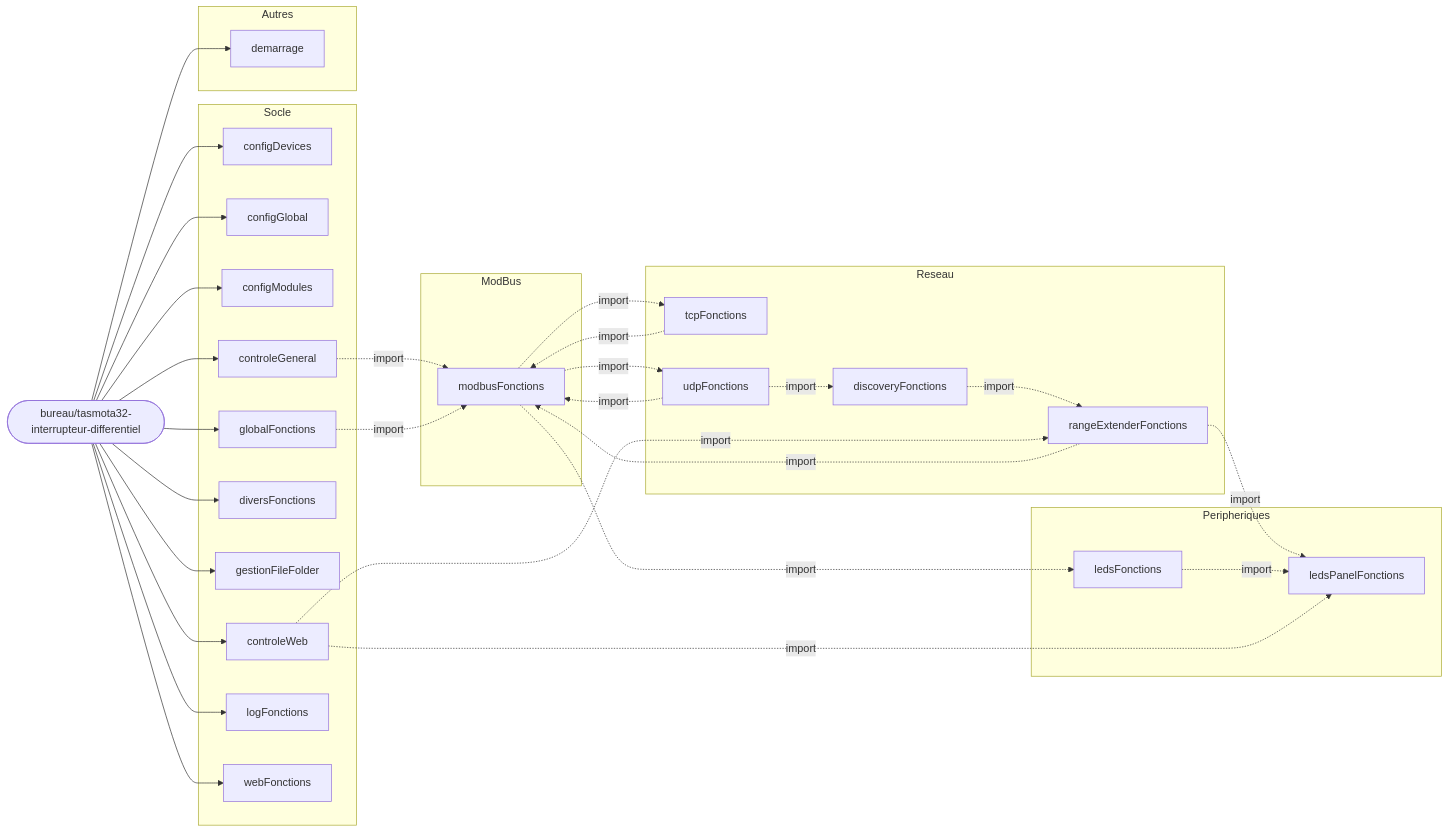
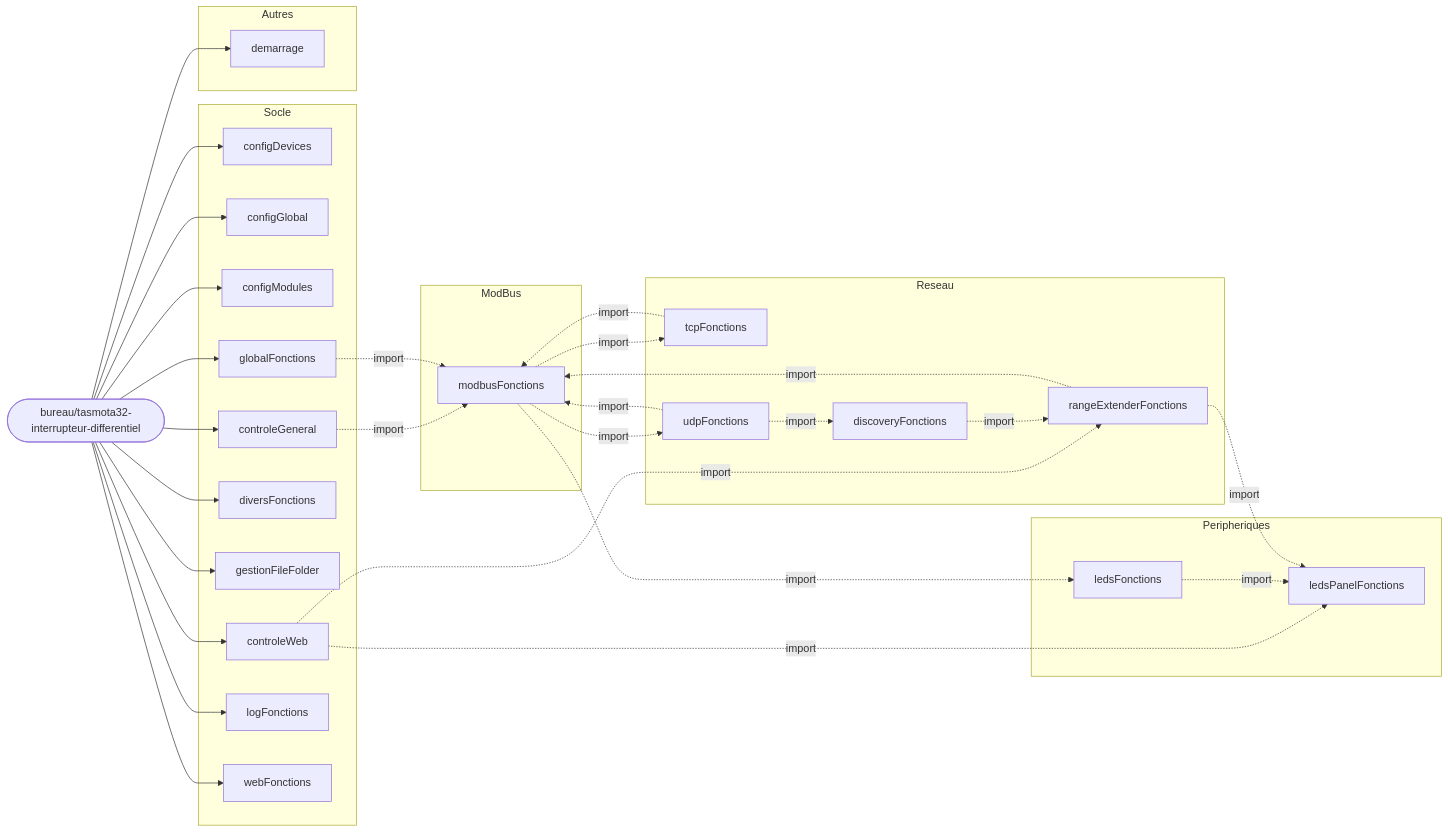
Before and after one commit to fdaubercy/Tasmota: the first of 8 diagrams in outils_docs/CARTE_MODULES_BERRY.md, drawn with Mermaid. The commit also changed other lines of this file and 11 other files, not shown here.

````diff
--- a/outils_docs/CARTE_MODULES_BERRY.md
+++ b/outils_docs/CARTE_MODULES_BERRY.md
@@ -118,57 +120,57 @@
 ```mermaid
 flowchart LR
     CARTE(["bureau/tasmota32-interrupteur-differentiel"])
     subgraph g_Socle["Socle"]
         m_configDevices["configDevices"]
         m_configGlobal["configGlobal"]
         m_configModules["configModules"]
         m_controleGeneral["controleGeneral"]
         m_controleWeb["controleWeb"]
         m_diversFonctions["diversFonctions"]
         m_gestionFileFolder["gestionFileFolder"]
         m_globalFonctions["globalFonctions"]
         m_logFonctions["logFonctions"]
         m_webFonctions["webFonctions"]
     end
     subgraph g_Reseau["Reseau"]
         m_discoveryFonctions["discoveryFonctions"]
         m_rangeExtenderFonctions["rangeExtenderFonctions"]
         m_tcpFonctions["tcpFonctions"]
         m_udpFonctions["udpFonctions"]
     end
     subgraph g_ModBus["ModBus"]
         m_modbusFonctions["modbusFonctions"]
     end
     subgraph g_Peripheriques["Peripheriques"]
         m_ledsFonctions["ledsFonctions"]
         m_ledsPanelFonctions["ledsPanelFonctions"]
     end
     subgraph g_Autres["Autres"]
         m_demarrage["demarrage"]
     end
     CARTE --> m_configDevices
     CARTE --> m_configGlobal
     CARTE --> m_configModules
     CARTE --> m_controleGeneral
     CARTE --> m_controleWeb
     CARTE --> m_diversFonctions
     CARTE --> m_gestionFileFolder
     CARTE --> m_globalFonctions
     CARTE --> m_logFonctions
     CARTE --> m_webFonctions
     m_udpFonctions -.->|import| m_discoveryFonctions
+    m_controleWeb -.->|import| m_rangeExtenderFonctions
     m_discoveryFonctions -.->|import| m_rangeExtenderFonctions
-    m_controleWeb -.->|import| m_rangeExtenderFonctions
     m_modbusFonctions -.->|import| m_tcpFonctions
     m_modbusFonctions -.->|import| m_udpFonctions
     m_controleGeneral -.->|import| m_modbusFonctions
+    m_globalFonctions -.->|import| m_modbusFonctions
+    m_rangeExtenderFonctions -.->|import| m_modbusFonctions
+    m_tcpFonctions -.->|import| m_modbusFonctions
     m_udpFonctions -.->|import| m_modbusFonctions
-    m_rangeExtenderFonctions -.->|import| m_modbusFonctions
-    m_globalFonctions -.->|import| m_modbusFonctions
-    m_tcpFonctions -.->|import| m_modbusFonctions
     m_modbusFonctions -.->|import| m_ledsFonctions
+    m_controleWeb -.->|import| m_ledsPanelFonctions
+    m_ledsFonctions -.->|import| m_ledsPanelFonctions
     m_rangeExtenderFonctions -.->|import| m_ledsPanelFonctions
-    m_ledsFonctions -.->|import| m_ledsPanelFonctions
-    m_controleWeb -.->|import| m_ledsPanelFonctions
     CARTE --> m_demarrage
 ```
````
